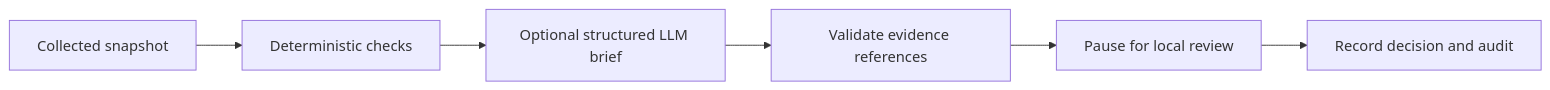
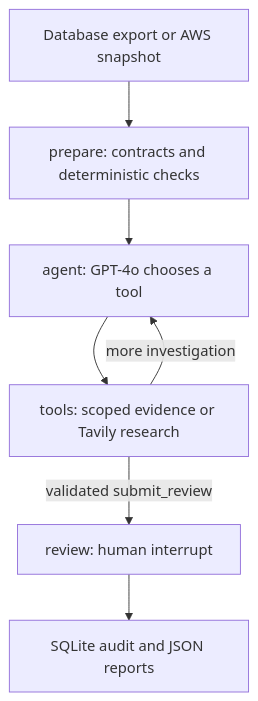
The diagram in README.md (Aditya250401/accesSope), drawn with Mermaid before and after one commit. The commit also changed other lines of this file and 13 other files, not shown here.

Commit message:
Run a real scoped GPT-4o investigator with Tavily research and LangSmith tracing

````diff
--- a/README.md
+++ b/README.md
@@ -47,8 +26,9 @@
 ```mermaid
-flowchart LR
-    A["Collected snapshot"] --> B["Deterministic checks"]
-    B --> C["Optional structured LLM brief"]
-    C --> D["Validate evidence references"]
-    D --> E["Pause for local review"]
-    E --> F["Record decision and audit"]
+flowchart TD
+    A["Database export or AWS snapshot"] --> B["prepare: contracts and deterministic checks"]
+    B --> C["agent: GPT-4o chooses a tool"]
+    C --> D["tools: scoped evidence or Tavily research"]
+    D -->|"more investigation"| C
+    D -->|"validated submit_review"| E["review: human interrupt"]
+    E --> F["SQLite audit and JSON reports"]
 ```
````
